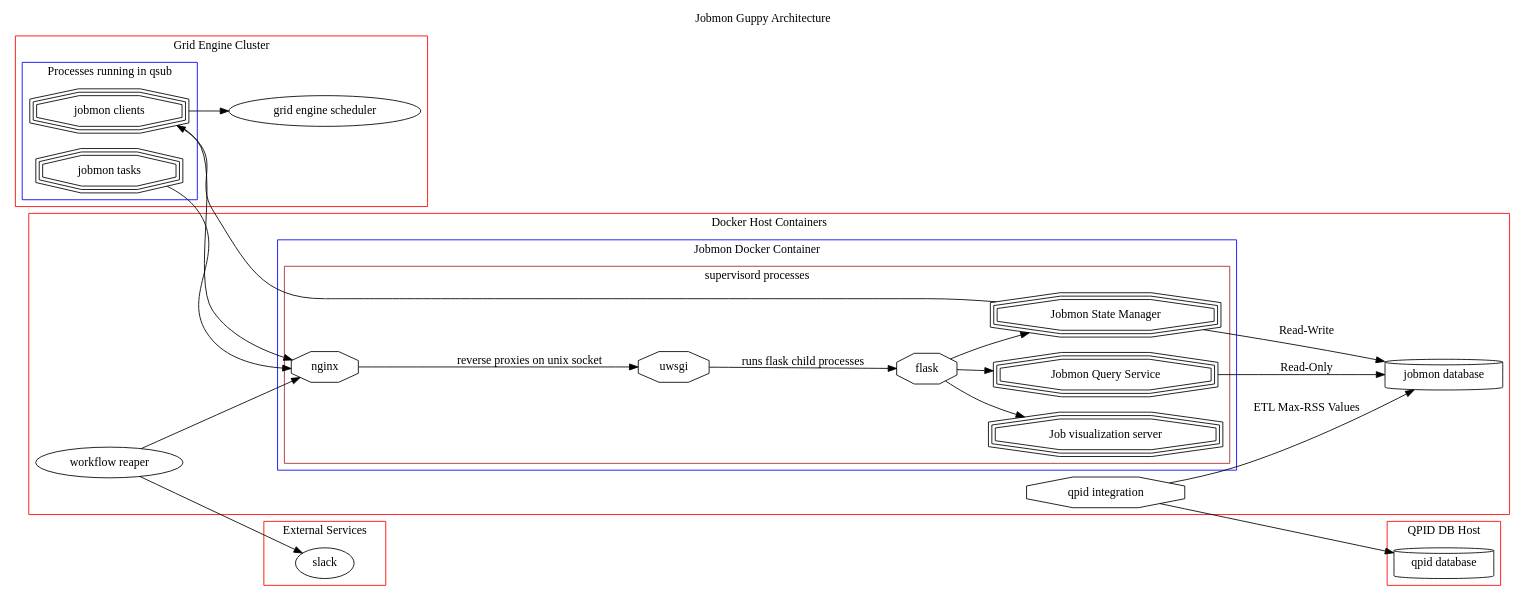
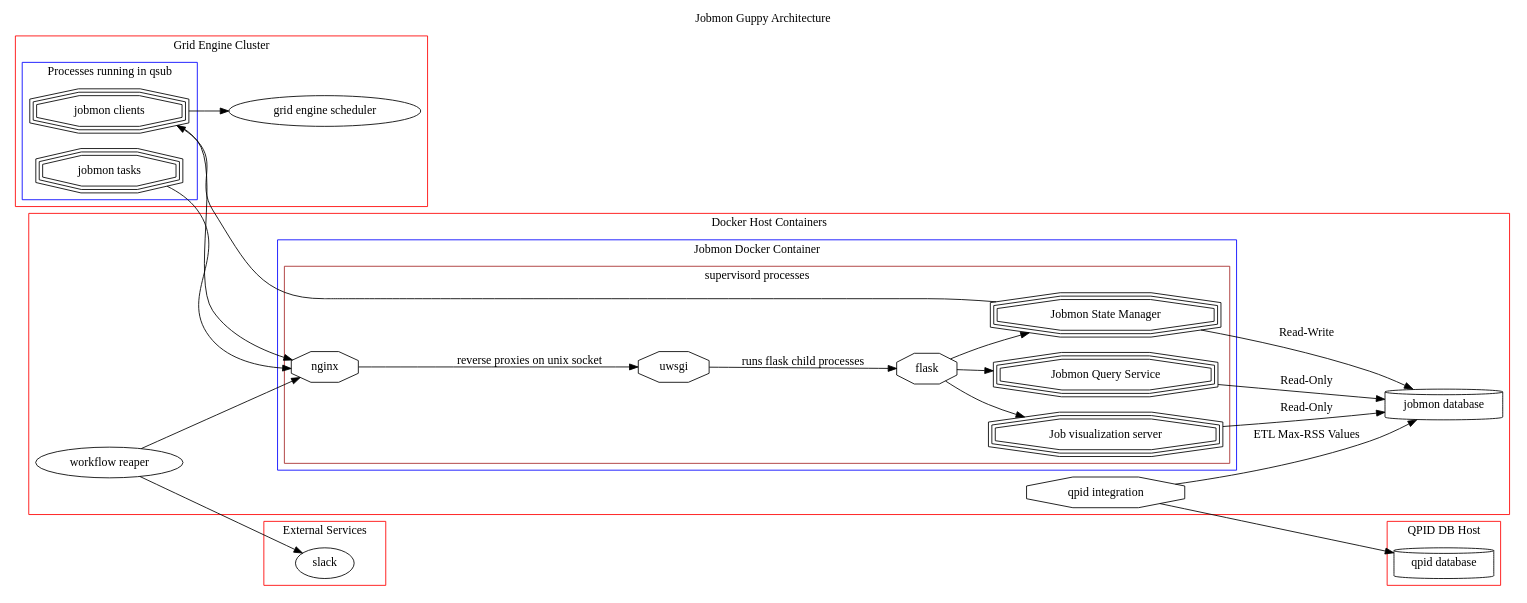
The first of 2 diagrams in docsource/architecture.rst (eekcoopuw/jobmon), drawn with Graphviz before and after one commit. The commit also changed other lines of this file, not shown here.

Commit message:
adding diagram for k8s design

```diff
--- a/docsource/architecture.rst
+++ b/docsource/architecture.rst
@@ -9,71 +9,72 @@
 .. graphviz::
 
   digraph G {
     label="Jobmon Guppy Architecture"
     rankdir=LR; // Left to right direction
     compound=true;
     labelloc="t";
 
     subgraph "cluster_external" {
         graph[style=solid; color=red];
         label="External Services"
         "slack" [shape="oval"]
     }
 
     subgraph "cluster_grid_engine" {
         graph[style=solid; color=red];
         label="Grid Engine Cluster";
         subgraph "cluster_qsub" {
             graph [color="blue"]
           label="Processes running in qsub"
           "jobmon clients" ["shape"="tripleoctagon"]
           "jobmon tasks" ["shape"="tripleoctagon"]
         }
       "grid engine scheduler" [shape="oval"]
       "jobmon clients" -> "grid engine scheduler"
 
     }
     subgraph cluster_qpid_db {
       graph[style=solid; color=red];
       label="QPID DB Host"
       "qpid database" [shape="cylinder"]
     }
     subgraph "cluster_docker-host" {
       graph[style=solid; color=red];
       label="Docker Host Containers";
       "jobmon database" [shape="cylinder"]
       subgraph "cluster_jobmon-container" {
         graph[style=solid; color=blue];
         label="Jobmon Docker Container";
         subgraph "cluster_supervisord" {
           label="supervisord processes";
           graph[style=solid; color=brown];
           "nginx" [shape="octagon"]
           "uwsgi" [shape="octagon"]
           "flask" [shape="octagon"]
           "Jobmon State Manager" [shape="tripleoctagon"]
           "Jobmon Query Service" [shape="tripleoctagon"]
           "Job visualization server" [shape="tripleoctagon"]
           {rank=same; "Jobmon State Manager"; "Jobmon Query Service"}
         }
       }
       "qpid integration" [shape="octagon"]
       "nginx" -> "uwsgi" [label="reverse proxies on unix socket"]
       "uwsgi" -> "flask" [label="runs flask child processes"]
       "flask" -> "Jobmon State Manager"
       "flask" -> "Jobmon Query Service"
       "flask" -> "Job visualization server"
       "jobmon clients" -> "nginx"
       "jobmon tasks" -> "nginx"
       "Jobmon State Manager" -> "jobmon database" [label="Read-Write"]
       "Jobmon Query Service" -> "jobmon database" [label="Read-Only"]
+      "Job visualization server" -> "jobmon database" [label="Read-Only"]
       "workflow reaper" -> "nginx"
 
       "Jobmon State Manager" -> "jobmon clients"
     }
 
 
     "workflow reaper" -> "slack"
     "qpid integration" -> "qpid database"
     "qpid integration" -> "jobmon database"  [label="ETL Max-RSS Values"]
   }
```
